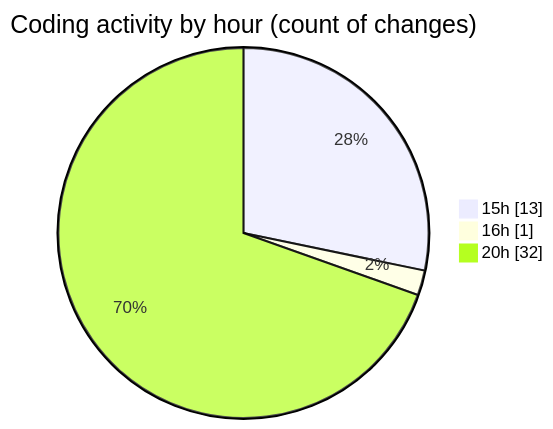
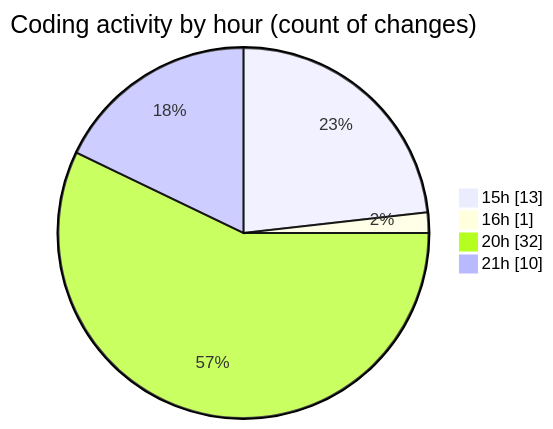
Before and after one commit to EIIisD/code-tracking: the second of 2 diagrams in 2025-07-17/ribbon/README.md, drawn with Mermaid. The commit also changed other lines of this file and 1 other file, not shown here.

````diff
--- a/2025-07-17/ribbon/README.md
+++ b/2025-07-17/ribbon/README.md
@@ -48,7 +51,8 @@
 ```mermaid
 pie showData
 title Coding activity by hour (count of changes)
 "15h" : 13
 "16h" : 1
 "20h" : 32
+"21h" : 10
 ```
````
